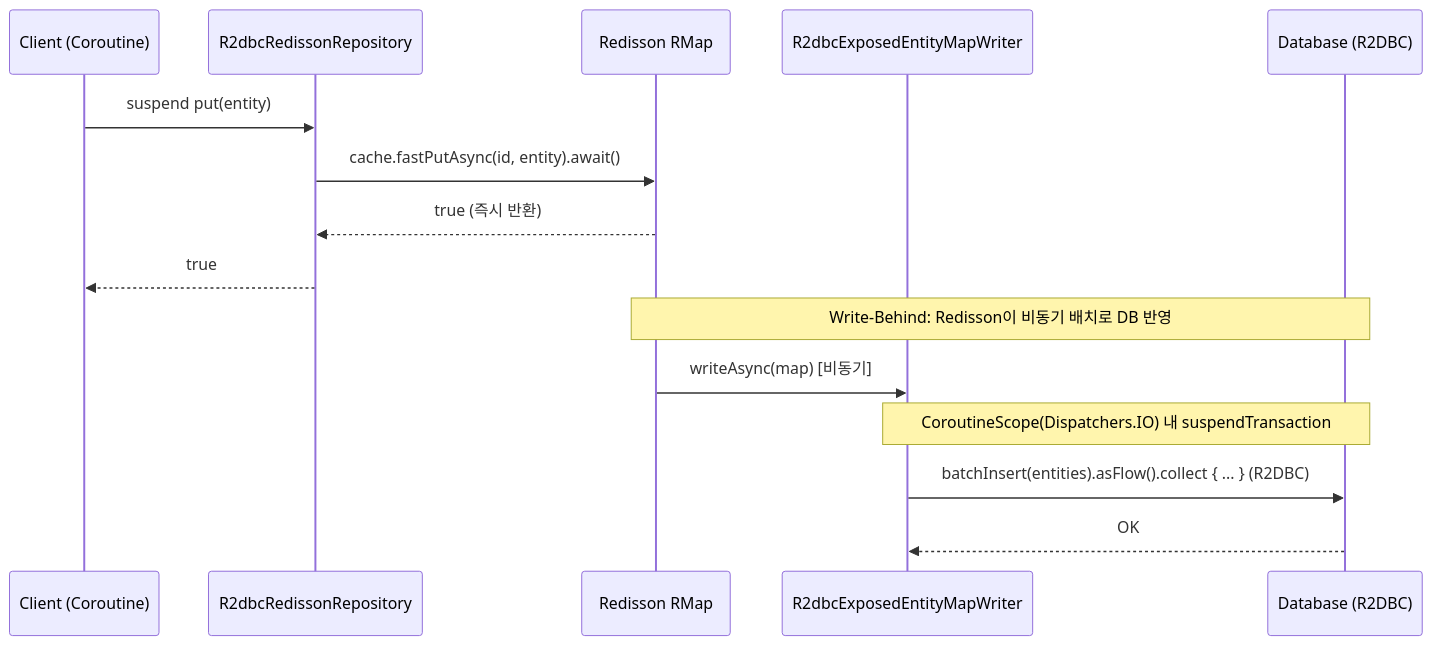
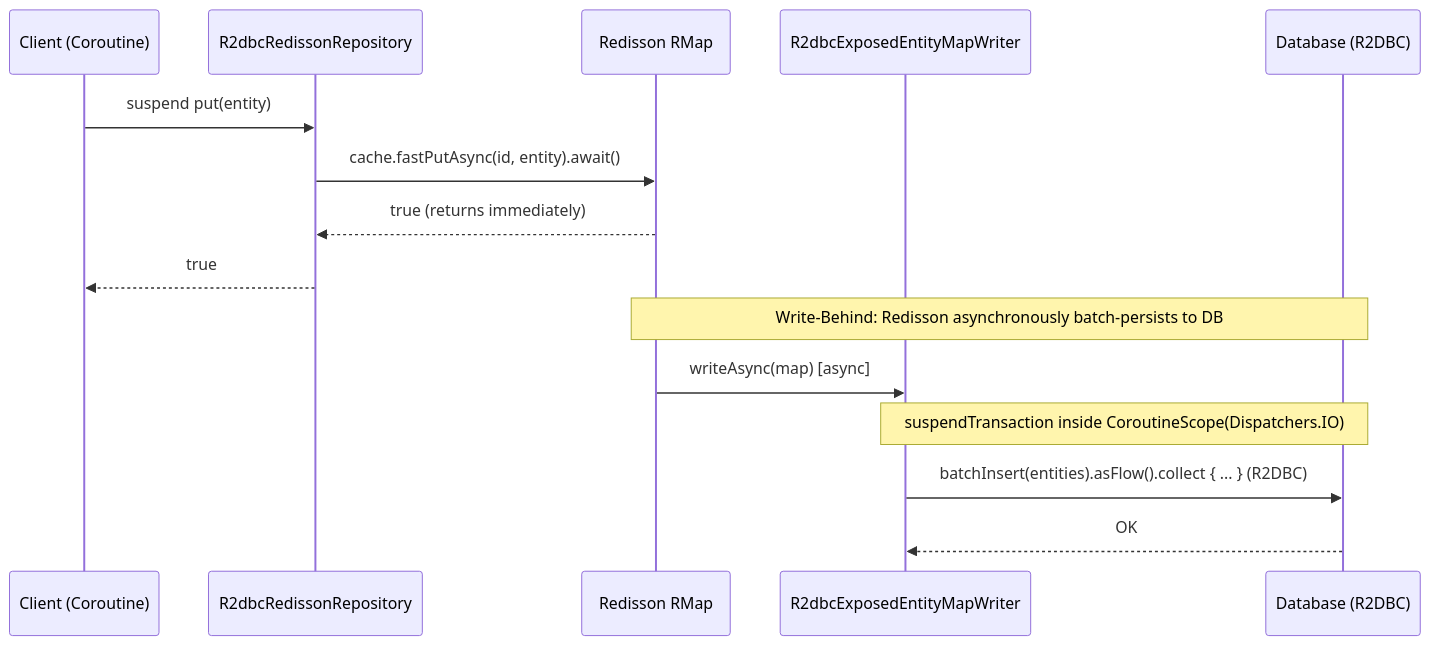
The fifth of 5 diagrams in data/exposed-r2dbc-redisson/README.md (bluetape4k/bluetape4k-projects), drawn with Mermaid before and after one commit. The commit also changed other lines of this file and 265 other files, not shown here.

````diff
--- a/data/exposed-r2dbc-redisson/README.md
+++ b/data/exposed-r2dbc-redisson/README.md
@@ -287,17 +287,17 @@
 ```mermaid
 sequenceDiagram
     participant Client as Client (Coroutine)
     participant Repo as R2dbcRedissonRepository
     participant RMap as Redisson RMap
     participant Writer as R2dbcExposedEntityMapWriter
     participant DB as Database (R2DBC)
     Client ->> Repo: suspend put(entity)
     Repo ->> RMap: cache.fastPutAsync(id, entity).await()
-    RMap -->> Repo: true (즉시 반환)
+    RMap -->> Repo: true (returns immediately)
     Repo -->> Client: true
-    Note over RMap, DB: Write-Behind: Redisson이 비동기 배치로 DB 반영
-    RMap ->> Writer: writeAsync(map) [비동기]
-    Note over Writer, DB: CoroutineScope(Dispatchers.IO) 내 suspendTransaction
+    Note over RMap, DB: Write-Behind: Redisson asynchronously batch-persists to DB
+    RMap ->> Writer: writeAsync(map) [async]
+    Note over Writer, DB: suspendTransaction inside CoroutineScope(Dispatchers.IO)
     Writer ->> DB: batchInsert(entities).asFlow().collect { ... } (R2DBC)
     DB -->> Writer: OK
 ```
````
